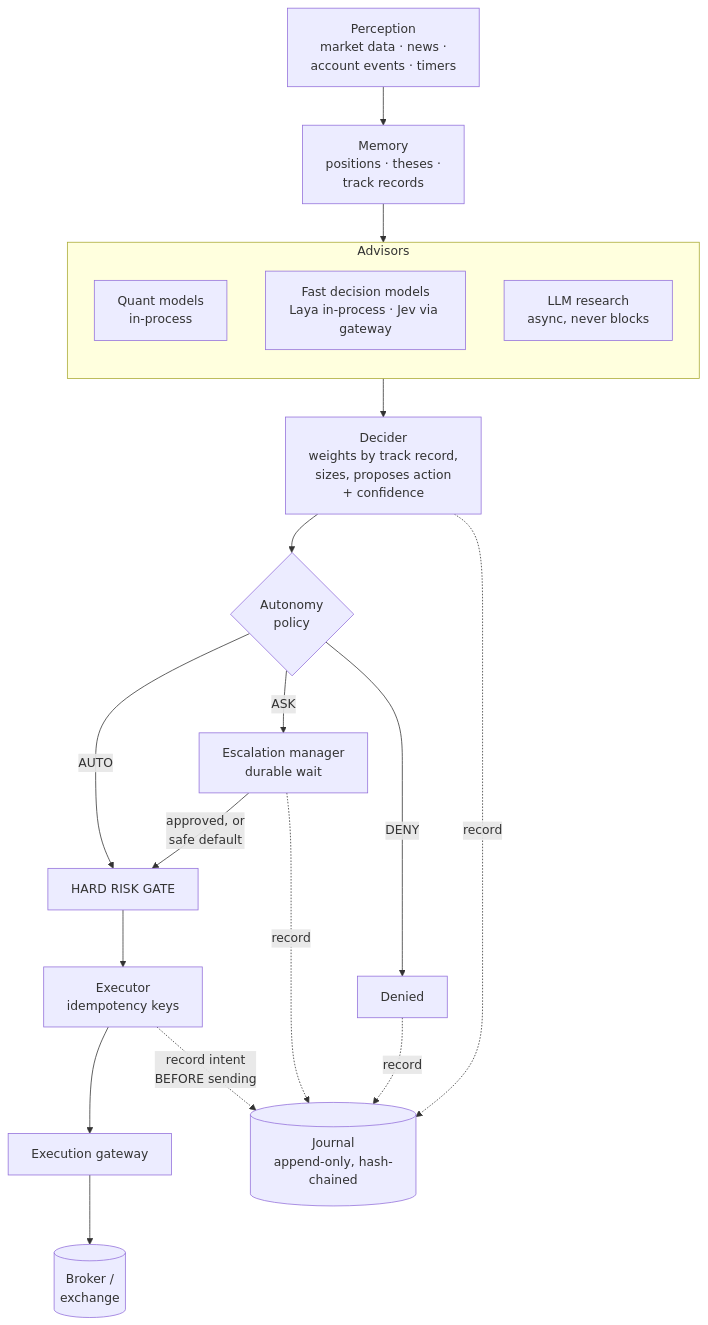
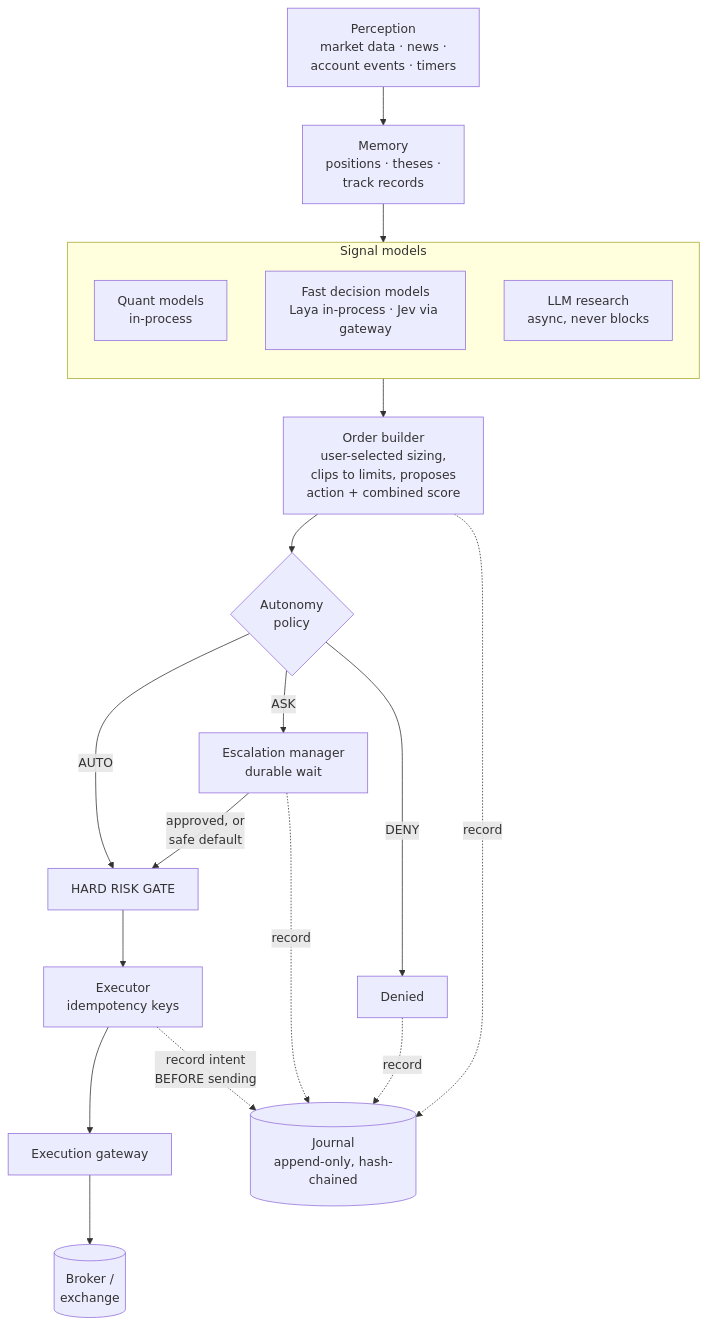
One commit to kunwarshivam/mandate changed the fifth of 10 diagrams in docs/HLD.md. Above: the diagram before and after it, drawn with Mermaid. The commit also changed other lines of this file and 18 other files, not shown here.

````diff
--- a/docs/HLD.md
+++ b/docs/HLD.md
@@ -301,34 +310,34 @@
 ```mermaid
 flowchart TB
     per["Perception<br/>market data · news ·<br/>account events · timers"]
     mem["Memory<br/>positions · theses ·<br/>track records"]
 
-    subgraph ADV["Advisors"]
+    subgraph ADV["Signal models"]
         direction TB
         quant["Quant models<br/>in-process"]
         fast["Fast decision models<br/>Laya in-process · Jev via gateway"]
         llm["LLM research<br/>async, never blocks"]
     end
 
-    dec["Decider<br/>weights by track record,<br/>sizes, proposes action<br/>+ confidence"]
+    dec["Order builder<br/>user-selected sizing,<br/>clips to limits, proposes<br/>action + combined score"]
     pol{"Autonomy<br/>policy"}
     esc["Escalation manager<br/>durable wait"]
     deny["Denied"]
     risk["HARD RISK GATE"]
     exe["Executor<br/>idempotency keys"]
     xgw["Execution gateway"]
     broker[("Broker /<br/>exchange")]
     journal[("Journal<br/>append-only, hash-chained")]
 
     per --> mem --> ADV --> dec --> pol
     pol -->|AUTO| risk
     pol -->|ASK| esc
     pol -->|DENY| deny
     esc -->|"approved, or<br/>safe default"| risk
     risk --> exe --> xgw --> broker
 
     dec -.->|record| journal
     esc -.->|record| journal
     deny -.->|record| journal
     exe -.->|"record intent<br/>BEFORE sending"| journal
 ```
````
